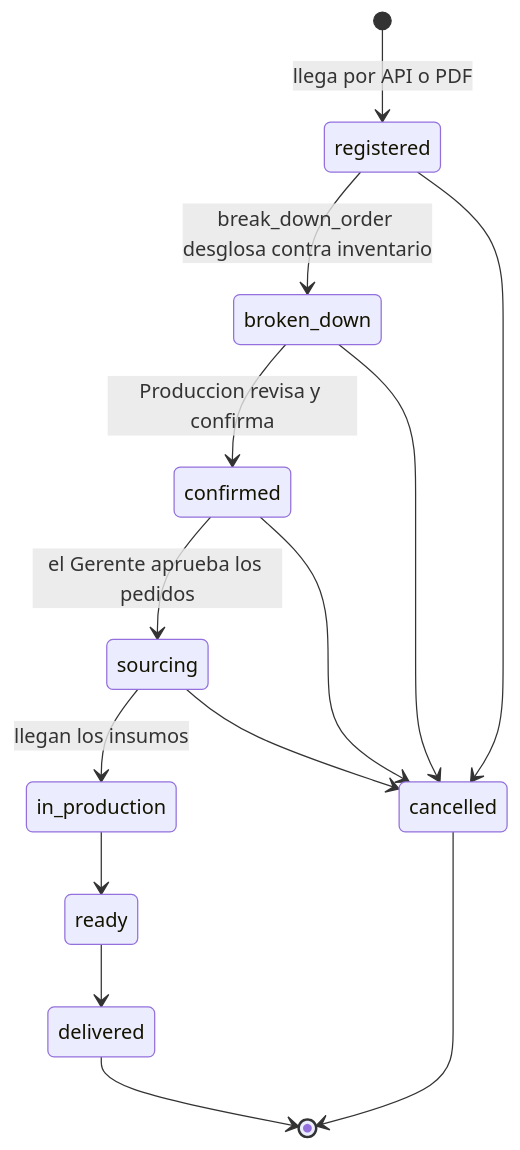
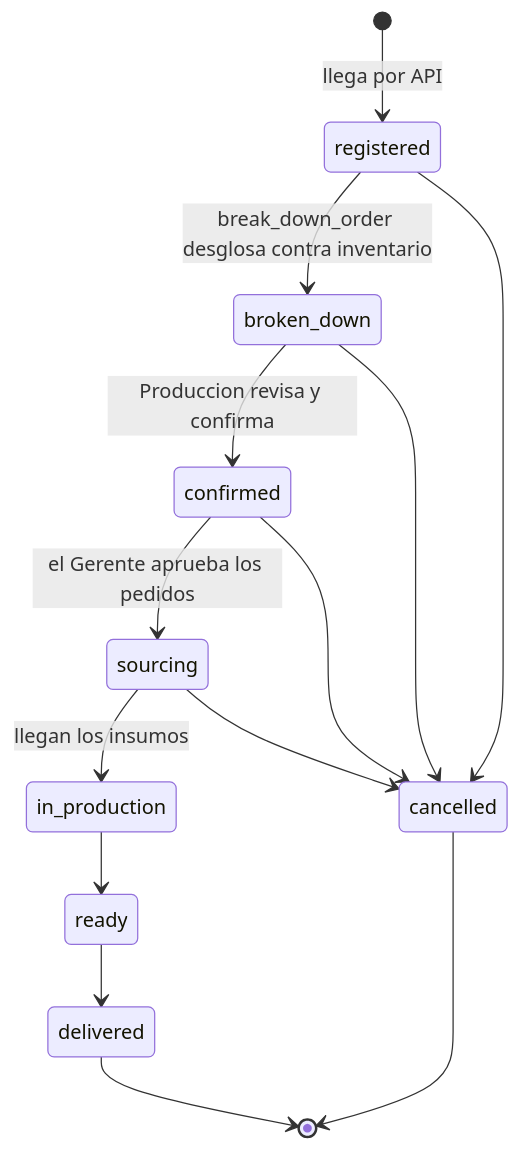
Before and after one commit to oscargicast/corpotex: the seventh of 11 diagrams in docs/backend/modelo-de-datos.md, drawn with Mermaid. The commit also changed other lines of this file and 32 other files, not shown here.

````diff
--- a/docs/backend/modelo-de-datos.md
+++ b/docs/backend/modelo-de-datos.md
@@ -775,16 +927,16 @@
 ```mermaid
 stateDiagram-v2
-    [*] --> registered: llega por API o PDF
+    [*] --> registered: llega por API
     registered --> broken_down: break_down_order desglosa contra inventario
     broken_down --> confirmed: Produccion revisa y confirma
     confirmed --> sourcing: el Gerente aprueba los pedidos
     sourcing --> in_production: llegan los insumos
     in_production --> ready
     ready --> delivered
     delivered --> [*]
     registered --> cancelled
     broken_down --> cancelled
     confirmed --> cancelled
     sourcing --> cancelled
     cancelled --> [*]
 ```
````
